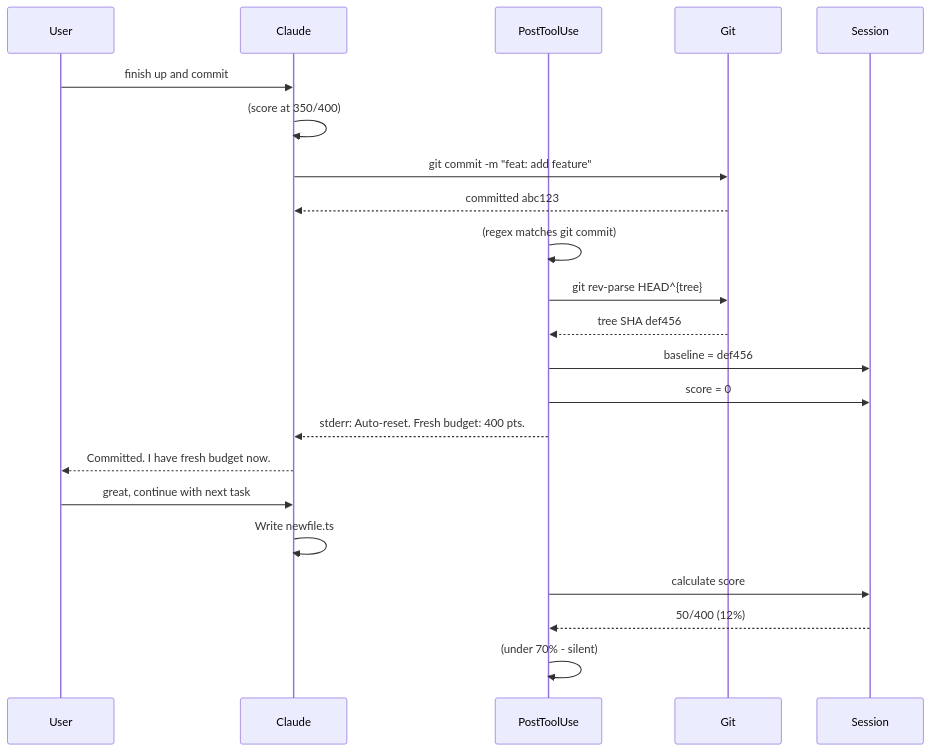
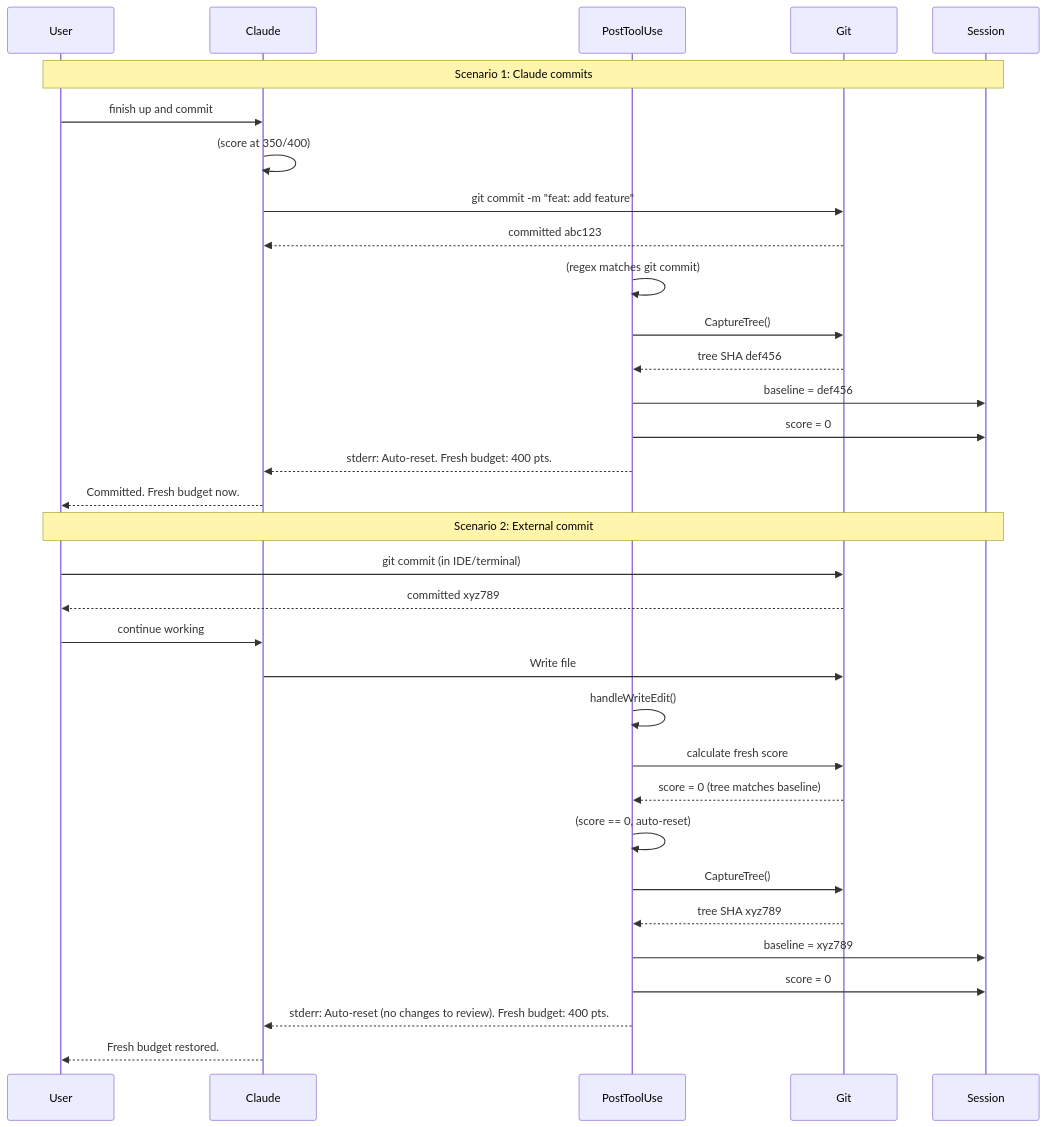
One commit to kylesnowschwartz/claude-bumper-lanes changed the diagram in docs/auto-reset-commit-sequence.mmd. Above: the diagram before and after it, drawn with Mermaid. The commit also changed 6 other files, not shown here.

First line of the commit message:
feat: auto-reset on clean working tree (external commits)

```diff
--- a/docs/auto-reset-commit-sequence.mmd
+++ b/docs/auto-reset-commit-sequence.mmd
@@ -1,58 +1,95 @@
-%% Auto-Reset on Commit: Invisible baseline capture after git commit
+%% Auto-Reset: Invisible baseline capture when tree becomes clean
 %% Render: cat auto-reset-commit-sequence.mmd | mermaid-ascii -f -
-%% Focus: The "magic" that resets budget when Claude commits
+%% Focus: The "magic" that resets budget after commits (any source)
 
 sequenceDiagram
     participant User
     participant Claude
     participant PTU as PostToolUse
     participant Git
     participant Sess as Session
 
-    %% Context: Claude is working, approaching threshold
+    %% ============================================================
+    %% CASE 1: Claude commits via Bash tool
+    %% ============================================================
+    Note over User,Sess: Scenario 1: Claude commits
     User->>Claude: finish up and commit
     Claude->>Claude: (score at 350/400)
 
     %% Claude commits via Bash tool
     Claude->>Git: git commit -m "feat: add feature"
     Git-->>Claude: committed abc123
 
     %% PostToolUse fires for Bash
     PTU->>PTU: (regex matches git commit)
-    PTU->>Git: git rev-parse HEAD^{tree}
+    PTU->>Git: CaptureTree()
     Git-->>PTU: tree SHA def456
 
     %% Reset baseline to committed state
     PTU->>Sess: baseline = def456
     PTU->>Sess: score = 0
     PTU-->>Claude: stderr: Auto-reset. Fresh budget: 400 pts.
+    Claude-->>User: Committed. Fresh budget now.
 
-    %% Claude continues with fresh budget
-    Claude-->>User: Committed. I have fresh budget now.
-    User->>Claude: great, continue with next task
-    Claude->>Claude: Write newfile.ts
-    PTU->>Sess: calculate score
-    Sess-->>PTU: 50/400 (12%)
-    PTU->>PTU: (under 70% - silent)
+    %% ============================================================
+    %% CASE 2: External commit (IDE, terminal)
+    %% ============================================================
+    Note over User,Sess: Scenario 2: External commit
+    User->>Git: git commit (in IDE/terminal)
+    Git-->>User: committed xyz789
+    User->>Claude: continue working
+
+    %% Claude makes next change (Write/Edit)
+    Claude->>Git: Write file
+
+    %% PostToolUse fires for Write
+    PTU->>PTU: handleWriteEdit()
+    PTU->>Git: calculate fresh score
+    Git-->>PTU: score = 0 (tree matches baseline)
+
+    %% Auto-reset on clean tree
+    PTU->>PTU: (score == 0, auto-reset)
+    PTU->>Git: CaptureTree()
+    Git-->>PTU: tree SHA xyz789
+    PTU->>Sess: baseline = xyz789
+    PTU->>Sess: score = 0
+    PTU-->>Claude: stderr: Auto-reset (no changes to review). Fresh budget: 400 pts.
+    Claude-->>User: Fresh budget restored.
 
 %% ============================================================
 %% VALIDATION REFERENCES
 %% ============================================================
-%% - Commit detection: internal/hooks/post_tool_use.go:19 (regex)
-%% - Tree capture: internal/hooks/post_tool_use.go:64-70
-%% - Reset call: internal/hooks/post_tool_use.go:72-77
-%% - Feedback: internal/hooks/post_tool_use.go:79-82
+%% Scenario 1 (Claude commits):
+%% - Commit detection: internal/hooks/post_tool_use.go:gitCommitPattern
+%% - Tree capture: internal/hooks/post_tool_use.go:handleBashCommit (line 64)
+%% - Reset call: internal/hooks/post_tool_use.go:handleBashCommit (line 72)
+%% - Feedback: internal/hooks/post_tool_use.go:handleBashCommit (line 79)
 %%
-%% COMMIT PATTERN REGEX
+%% Scenario 2 (External commits):
+%% - Tree capture: internal/hooks/post_tool_use.go:handleWriteEdit (line 118)
+%% - HEAD tree check: internal/hooks/post_tool_use.go:handleWriteEdit (line 120)
+%% - Clean tree detection: internal/hooks/post_tool_use.go:handleWriteEdit (line 121, currentTree == headTree)
+%% - Reset call: internal/hooks/post_tool_use.go:handleWriteEdit (line 124)
+%% - Feedback: internal/hooks/post_tool_use.go:handleWriteEdit (line 127)
+%% - Helper function: internal/hooks/common.go:GetHeadTree (line 161)
+%%
+%% COMMIT PATTERN REGEX (Scenario 1)
 %% Matches: git commit, git -C /path commit, git --git-dir=/x commit
 %% Rejects: prose like "use git to commit"
 %%
 %% BENEFITS
-%% 1. No manual /bumper-reset needed after commit
+%% 1. No manual /bumper-reset needed after ANY commit (Claude or external)
 %% 2. Natural workflow: commit = checkpoint = fresh budget
 %% 3. Encourages atomic commits (commit often, stay under threshold)
+%% 4. Handles IDE commits, manual terminal commits, git revert, git reset --hard
 %%
 %% EDGE CASES
-%% 1. User might not notice auto-reset happened (muted stderr)
-%% 2. No auto-reset for git commit --amend (same HEAD, tree may differ)
-%% 3. Branch switch also auto-resets (separate flow in Stop hook)
+%% 1. Scenario 1 fires immediately on commit (no delay)
+%% 2. Scenario 2 fires on next Write/Edit after external commit (slight delay)
+%% 3. Scenario 2 triggers whenever working tree == HEAD (clean tree)
+%%    - External commits (IDE, terminal)
+%%    - git reset --hard HEAD
+%%    - Manual file reversions that match HEAD
+%% 4. Scenario 2 does NOT trigger when working tree != HEAD (uncommitted changes)
+%% 5. Both scenarios handle untracked files correctly (CaptureTree includes them)
+%% 6. Fail-open: If tree capture fails or HEAD unavailable, threshold remains (no auto-reset)
```
